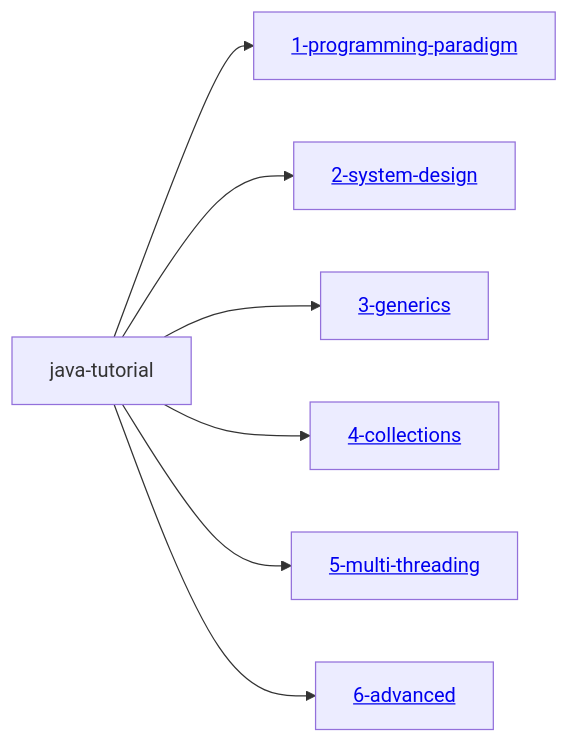
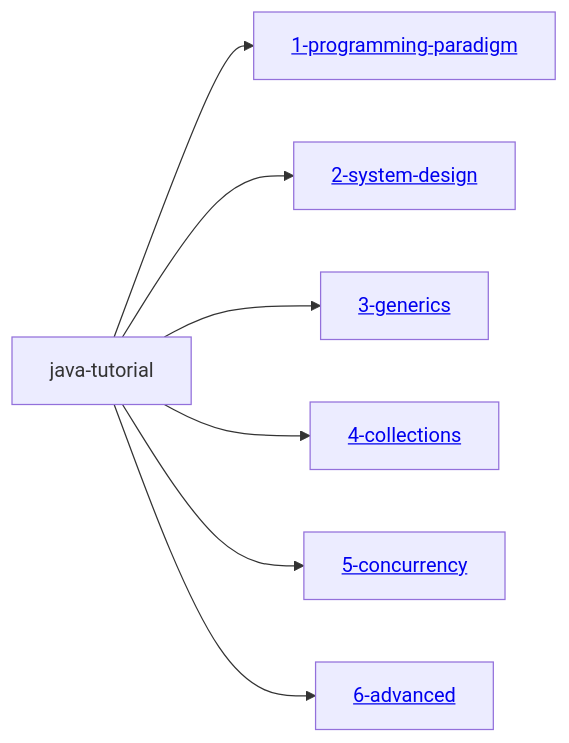
One commit to Saravana1992-java/java-tutorial changed the second of 3 diagrams in Readme.md. Above: the diagram before and after it, drawn with Mermaid. The commit also changed other lines of this file and 48 other files, not shown here.

````diff
--- a/Readme.md
+++ b/Readme.md
@@ -30,11 +106,11 @@
 ```mermaid
 
 flowchart LR
     Root["java-tutorial"]
     Root --> OOPS["<a href='./Saravana1992-java/java-tutorial/blob/main/1-programming-paradigm/ProgrammingParadigm.md/'>1-programming-paradigm</a>"]
     Root --> OOAD["<a href='./Saravana1992-java/java-tutorial/blob/main/2-system-design/OOAD.md'>2-system-design</a>"]
     Root --> Generics["<a href='./Saravana1992-java/java-tutorial/blob/main/3-generics/JavaGenerics.md'>3-generics</a>"]
     Root --> Collections["<a href='./Saravana1992-java/java-tutorial/blob/main/4-collections/JavaCollections.md'>4-collections</a>"]
-    Root --> MultiThreading["<a href='./Saravana1992-java/java-tutorial/blob/main/5-multi-threading/ConcurrantProgramming.md'>5-multi-threading</a>"]
+    Root --> MultiThreading["<a href='./Saravana1992-java/java-tutorial/blob/main/5-concurrency/ConcurrantProgramming.md'>5-concurrency</a>"]
     Root --> Advanced["<a href='./Saravana1992-java/java-tutorial/blob/main/6-advanced/AdvancedJavaProgramming.md'>6-advanced</a>"]
 ```
````
